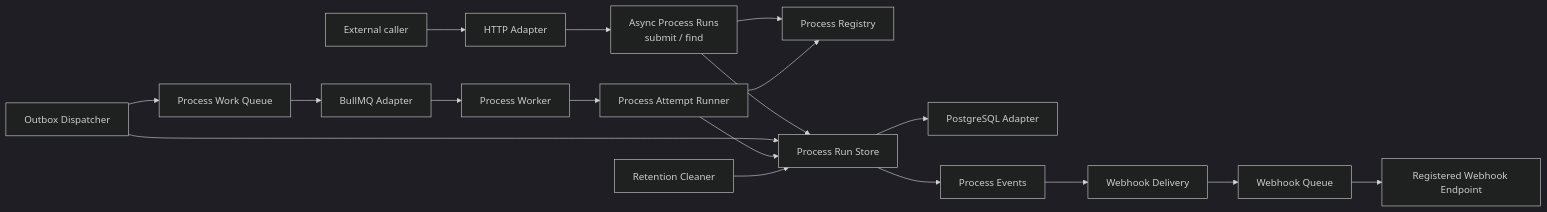
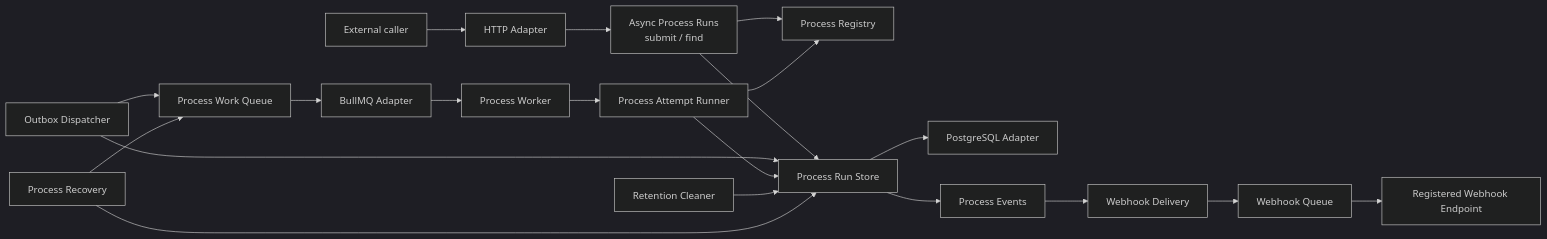
One commit to hkai-ai/pipipi changed the second of 2 diagrams in docs/async-process-runs-design.md. Above: the diagram before and after it, drawn with Mermaid (dark theme). The commit also changed other lines of this file and 22 other files, not shown here.

Commit message:
feat(runtime): rebuild process queue from postgres

````diff
--- a/docs/async-process-runs-design.md
+++ b/docs/async-process-runs-design.md
@@ -199,20 +199,22 @@
 ```mermaid
 flowchart LR
     Caller["External caller"] --> HTTP["HTTP Adapter"]
     HTTP --> Async["Async Process Runs<br/>submit / find"]
     Async --> Registry["Process Registry"]
     Async --> Store["Process Run Store"]
     Store --> PG["PostgreSQL Adapter"]
     Dispatch["Outbox Dispatcher"] --> Store
     Dispatch --> WorkQueue["Process Work Queue"]
     WorkQueue --> Bull["BullMQ Adapter"]
     Bull --> Worker["Process Worker"]
     Worker --> Attempts["Process Attempt Runner"]
     Attempts --> Registry
     Attempts --> Store
     Store --> Events["Process Events"]
     Events --> Delivery["Webhook Delivery"]
     Delivery --> HookQueue["Webhook Queue"]
     HookQueue --> Endpoint["Registered Webhook Endpoint"]
     Cleaner["Retention Cleaner"] --> Store
+    Recovery["Process Recovery"] --> Store
+    Recovery --> WorkQueue
 ```
````
